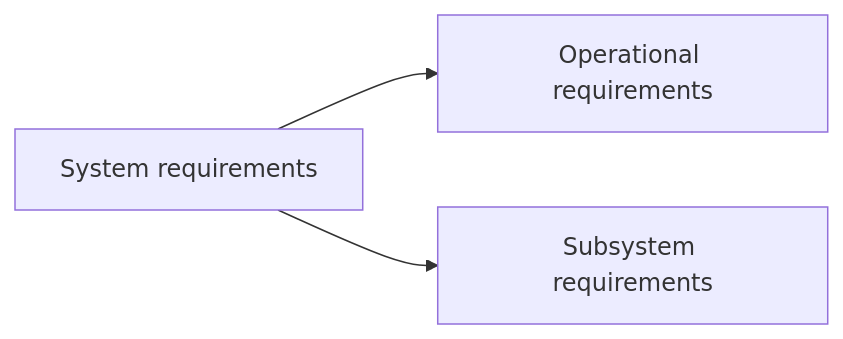
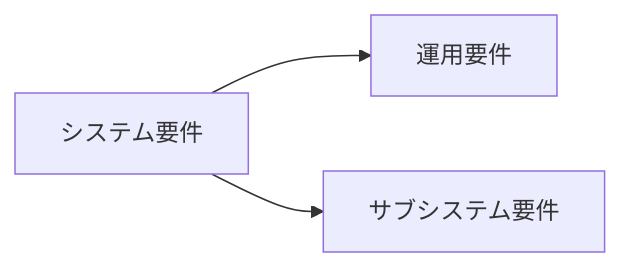
One commit to hirototamura/one-piece changed the fifth of 6 diagrams in docs/INFORMATION_ARCHITECTURE.md. Above: the diagram before and after it, drawn with Mermaid. The commit also changed other lines of this file and 16 other files, not shown here.

````diff
--- a/docs/INFORMATION_ARCHITECTURE.md
+++ b/docs/INFORMATION_ARCHITECTURE.md
@@ -241,9 +241,9 @@
 ```mermaid
 flowchart LR
-  SR[System requirements]
-  OR[Operational requirements]
-  SubR[Subsystem requirements]
+  SR[システム要件]
+  OR[運用要件]
+  SubR[サブシステム要件]
 
   SR --> OR
   SR --> SubR
 ```
````
